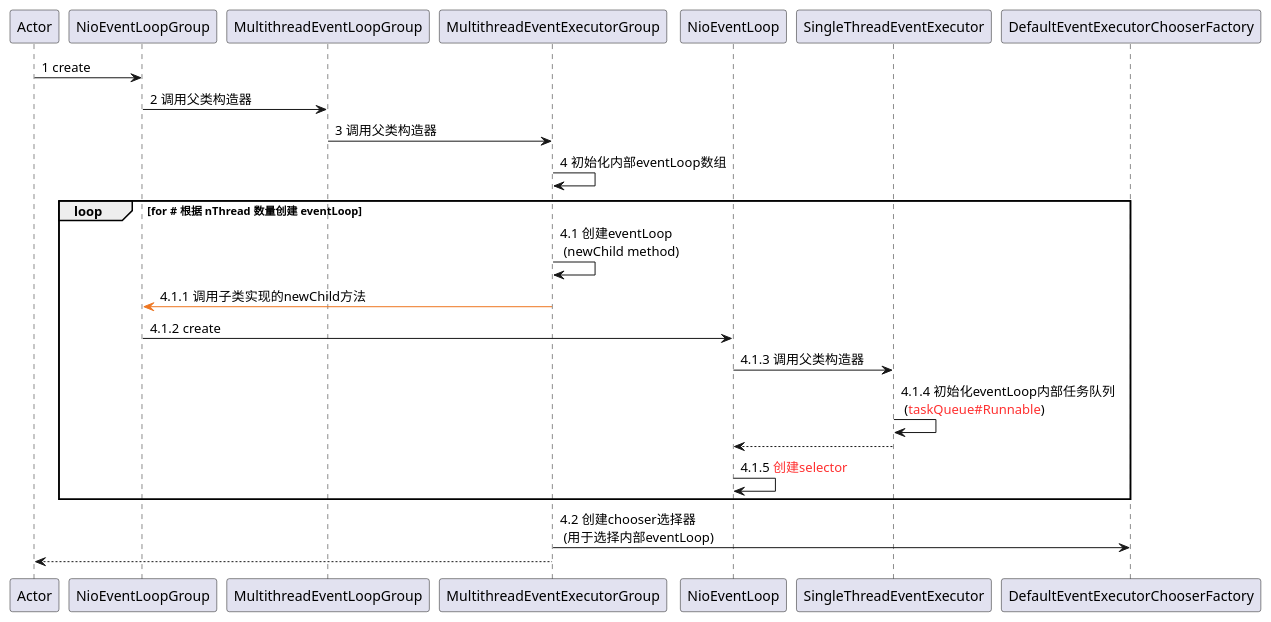
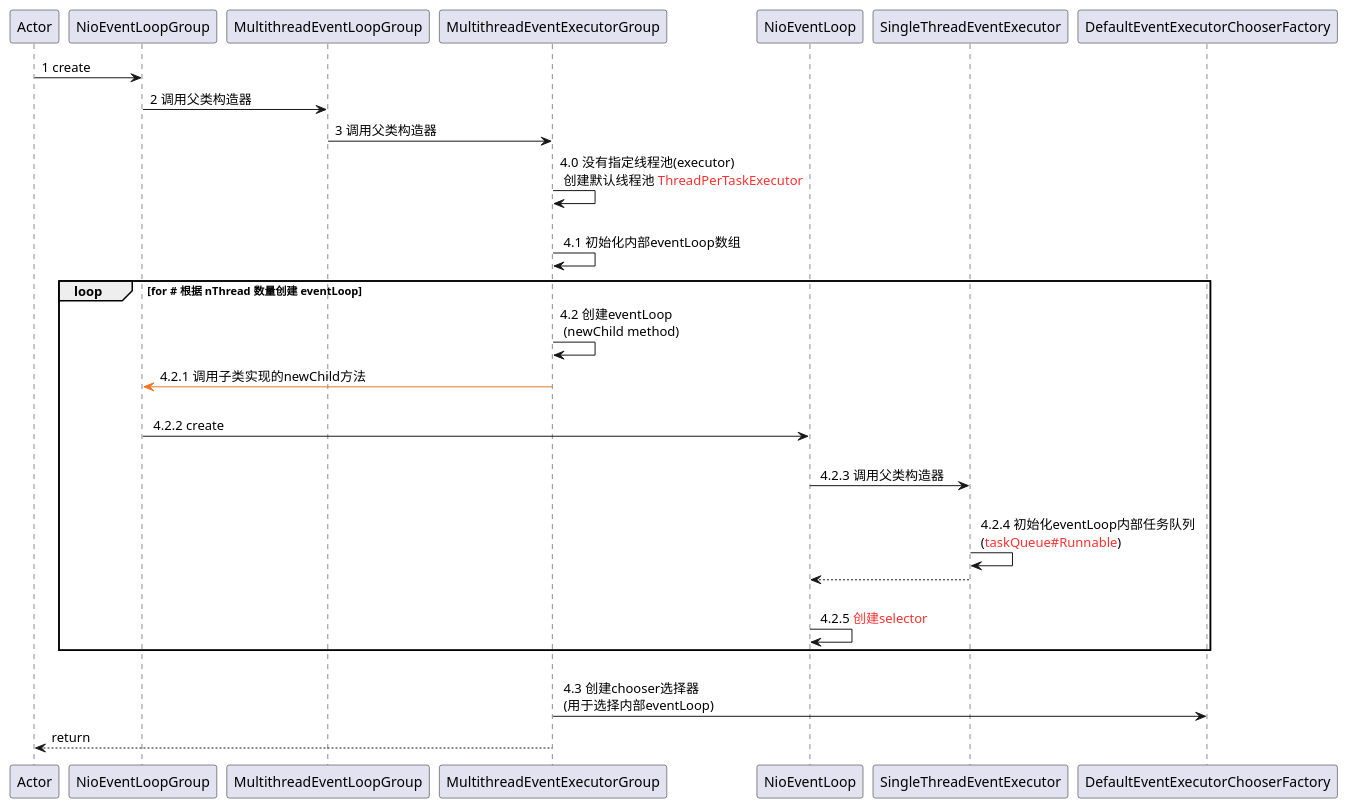
Before and after one commit to Simba-cheng/netty: the diagram in puml/NioEventLoopGroup.puml, drawn with PlantUML.

Commit message:
refactor(code): 源码添加注释

```diff
--- a/puml/NioEventLoopGroup.puml
+++ b/puml/NioEventLoopGroup.puml
@@ -1,19 +1,27 @@
 @startuml participant
 
 Actor -> NioEventLoopGroup: 1 create
 NioEventLoopGroup -> MultithreadEventLoopGroup: 2 调用父类构造器
+
 MultithreadEventLoopGroup -> MultithreadEventExecutorGroup: 3 调用父类构造器
-MultithreadEventExecutorGroup -> MultithreadEventExecutorGroup: 4 初始化内部eventLoop数组
+
+MultithreadEventExecutorGroup -> MultithreadEventExecutorGroup: 4.0 没有指定线程池(executor) \n 创建默认线程池 <color:#FF3030>ThreadPerTaskExecutor</color>
+
+MultithreadEventExecutorGroup -> MultithreadEventExecutorGroup: \n 4.1 初始化内部eventLoop数组
+
+' ----- 分割线 -----
 loop for # 根据 nThread 数量创建 eventLoop
-MultithreadEventExecutorGroup -> MultithreadEventExecutorGroup: 4.1 创建eventLoop \n (newChild method)
-NioEventLoopGroup <-[#EE7621] MultithreadEventExecutorGroup: 4.1.1 调用子类实现的newChild方法
-NioEventLoopGroup -> NioEventLoop: 4.1.2 create
-NioEventLoop -> SingleThreadEventExecutor: 4.1.3 调用父类构造器
-SingleThreadEventExecutor -> SingleThreadEventExecutor: 4.1.4 初始化eventLoop内部任务队列 \n (<color:#FF3030>taskQueue#Runnable</color>)
+MultithreadEventExecutorGroup -> MultithreadEventExecutorGroup: 4.2 创建eventLoop \n (newChild method)
+NioEventLoopGroup <-[#EE7621] MultithreadEventExecutorGroup: 4.2.1 调用子类实现的newChild方法
+NioEventLoopGroup -> NioEventLoop: \n 4.2.2 create
+NioEventLoop -> SingleThreadEventExecutor: \n 4.2.3 调用父类构造器
+SingleThreadEventExecutor -> SingleThreadEventExecutor: \n 4.2.4 初始化eventLoop内部任务队列 \n (<color:#FF3030>taskQueue#Runnable</color>)
 NioEventLoop <-- SingleThreadEventExecutor
-NioEventLoop -> NioEventLoop: 4.1.5 <color:#FF3030>创建selector</color>
+NioEventLoop -> NioEventLoop: \n 4.2.5 <color:#FF3030>创建selector</color>
 end
-MultithreadEventExecutorGroup -> DefaultEventExecutorChooserFactory: 4.2 创建chooser选择器 \n (用于选择内部eventLoop)
+' ----- 分割线 -----
 
-Actor <-- MultithreadEventExecutorGroup
+MultithreadEventExecutorGroup -> DefaultEventExecutorChooserFactory: \n 4.3 创建chooser选择器 \n (用于选择内部eventLoop)
+
+Actor <-- MultithreadEventExecutorGroup: return
 @enduml
```
